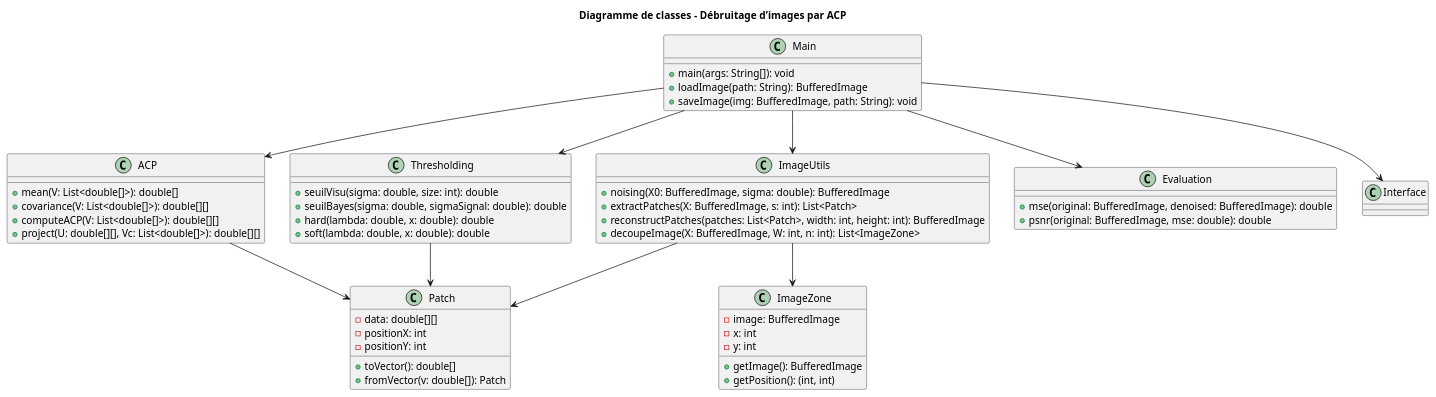
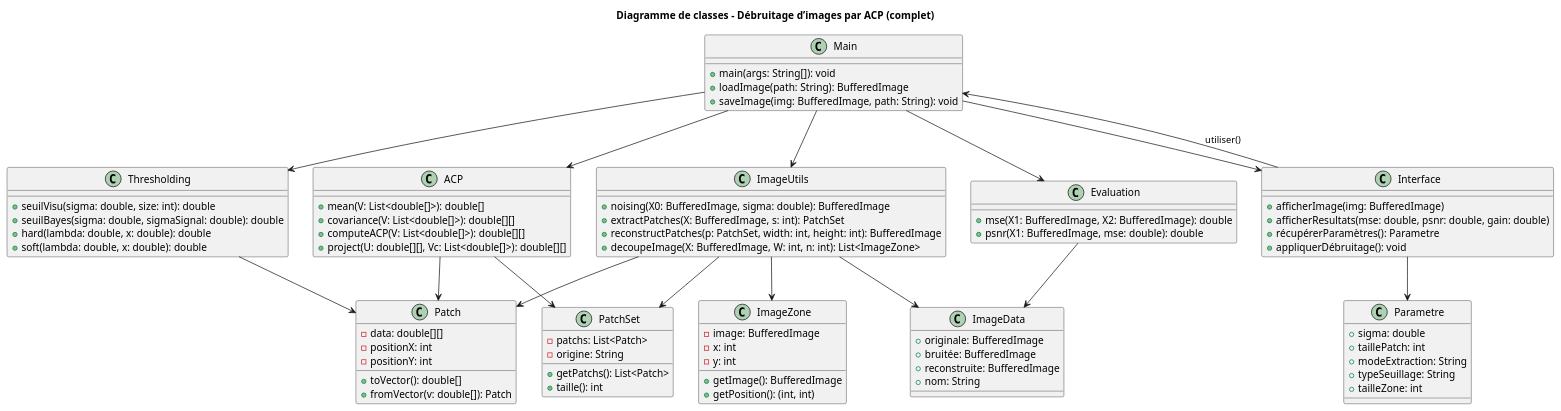
Before and after one commit to Thomasgin/Projet-Java: the diagram in analyse/diagrammePUML/diagClass.puml, drawn with PlantUML. The commit also changed other lines of this file and 1 other file, not shown here.

Commit message:
Ajout des nouv code puml pour les diagrammes de sequence et de class

```diff
--- a/analyse/diagrammePUML/diagClass.puml
+++ b/analyse/diagrammePUML/diagClass.puml
@@ -1,63 +1,103 @@
 @startuml
-title Diagramme de classes – Débruitage d’images par ACP
+title Diagramme de classes – Débruitage d’images par ACP (complet)
 
 class Main {
   + main(args: String[]): void
   + loadImage(path: String): BufferedImage
   + saveImage(img: BufferedImage, path: String): void
 }
 
 class ImageUtils {
   + noising(X0: BufferedImage, sigma: double): BufferedImage
-  + extractPatches(X: BufferedImage, s: int): List<Patch>
-  + reconstructPatches(patches: List<Patch>, width: int, height: int): BufferedImage
+  + extractPatches(X: BufferedImage, s: int): PatchSet
+  + reconstructPatches(p: PatchSet, width: int, height: int): BufferedImage
   + decoupeImage(X: BufferedImage, W: int, n: int): List<ImageZone>
 }
 
 class Patch {
   - data: double[][]
   - positionX: int
   - positionY: int
   + toVector(): double[]
   + fromVector(v: double[]): Patch
+}
+
+class PatchSet {
+  - patchs: List<Patch>
+  - origine: String
+  + getPatchs(): List<Patch>
+  + taille(): int
 }
 
 class ACP {
   + mean(V: List<double[]>): double[]
   + covariance(V: List<double[]>): double[][]
   + computeACP(V: List<double[]>): double[][]
   + project(U: double[][], Vc: List<double[]>): double[][]
 }
 
 class Thresholding {
   + seuilVisu(sigma: double, size: int): double
   + seuilBayes(sigma: double, sigmaSignal: double): double
   + hard(lambda: double, x: double): double
   + soft(lambda: double, x: double): double
 }
 
 class Evaluation {
-  + mse(original: BufferedImage, denoised: BufferedImage): double
-  + psnr(original: BufferedImage, mse: double): double
+  + mse(X1: BufferedImage, X2: BufferedImage): double
+  + psnr(X1: BufferedImage, mse: double): double
 }
 
 class ImageZone {
   - image: BufferedImage
   - x: int
   - y: int
   + getImage(): BufferedImage
   + getPosition(): (int, int)
 }
 
+class Interface {
+  + afficherImage(img: BufferedImage)
+  + afficherResultats(mse: double, psnr: double, gain: double)
+  + récupérerParamètres(): Parametre
+  + appliquerDébruitage(): void
+}
+
+class Parametre {
+  + sigma: double
+  + taillePatch: int
+  + modeExtraction: String
+  + typeSeuillage: String
+  + tailleZone: int
+}
+
+class ImageData {
+  + originale: BufferedImage
+  + bruitée: BufferedImage
+  + reconstruite: BufferedImage
+  + nom: String
+}
+
 ' Relations
+Main --> Interface
 Main --> ImageUtils
 Main --> ACP
 Main --> Thresholding
 Main --> Evaluation
-Main --> Interface
+
+Interface --> Parametre
+Interface --> Main : utiliser()
+
 ImageUtils --> Patch
+ImageUtils --> PatchSet
 ImageUtils --> ImageZone
+ImageUtils --> ImageData
+
 ACP --> Patch
+ACP --> PatchSet
+
 Thresholding --> Patch
 
+Evaluation --> ImageData
+
 @enduml
```
